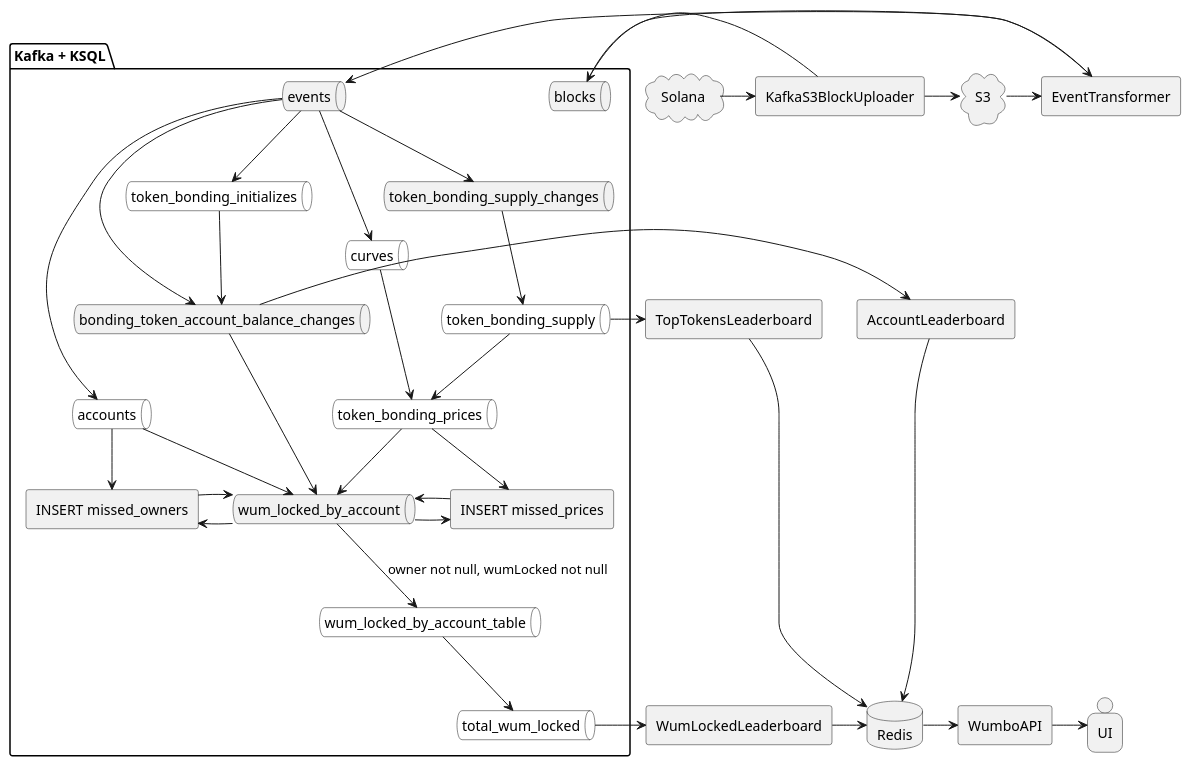
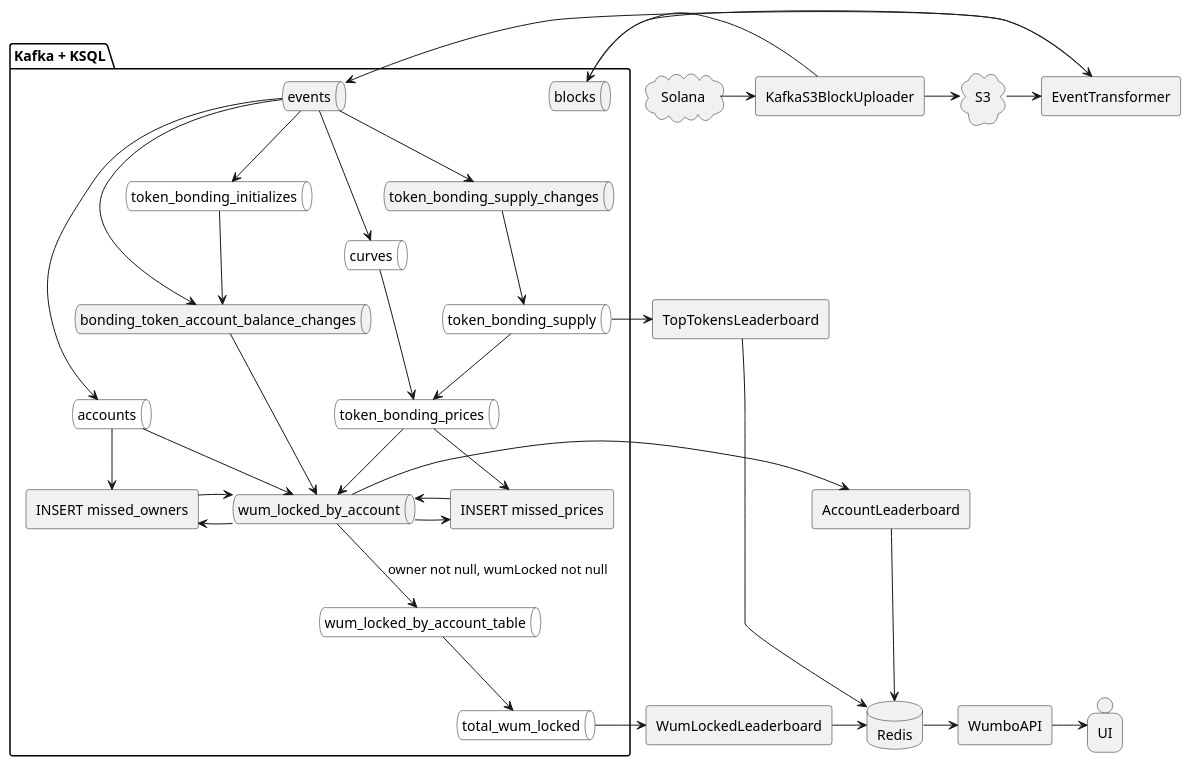
The diagram in architecture.puml (StrataFoundation/strata-data-pipelines), drawn with PlantUML before and after one commit. The commit also changed 26 other files, not shown here.

```diff
--- a/architecture.puml
+++ b/architecture.puml
@@ -1,87 +1,87 @@
 @startuml architecture
 
 package "Kafka + KSQL" as k {
   queue accounts #fff
   queue blocks
   queue bonding_token_account_balance_changes
   queue token_bonding_initializes #fff
   queue curves #fff
   queue events
   queue token_bonding_prices #fff
   queue token_bonding_supply #fff
   queue token_bonding_supply_changes
   queue total_wum_locked #fff
   queue wum_locked_by_account
   queue wum_locked_by_account_table #fff
 
     
   events --> token_bonding_initializes
 
   events --> bonding_token_account_balance_changes
   token_bonding_initializes --> bonding_token_account_balance_changes
 
   events --> token_bonding_supply_changes
 
   token_bonding_supply_changes --> token_bonding_supply
 
   events --> curves
 
   events --> accounts
 
   token_bonding_supply --> token_bonding_prices
   curves --> token_bonding_prices
 
   bonding_token_account_balance_changes --> wum_locked_by_account
   token_bonding_prices --> wum_locked_by_account
   accounts --> wum_locked_by_account
 
   agent "INSERT missed_owners" as missed_owners
   agent "INSERT missed_prices" as missed_prices
 
   token_bonding_prices -> missed_prices
   accounts -> missed_owners
   wum_locked_by_account -> missed_owners
   wum_locked_by_account -> missed_prices
 
   missed_owners -> wum_locked_by_account
   missed_prices -> wum_locked_by_account
 
   wum_locked_by_account_table --> total_wum_locked
 
   wum_locked_by_account --> wum_locked_by_account_table : owner not null, wumLocked not null
 }
 
 agent KafkaS3BlockUploader
 agent AccountLeaderboard
 agent WumLockedLeaderboard
 agent TopTokensLeaderboard
 agent WumboAPI
 
 cloud Solana
 cloud S3
 database Redis
 person UI
 
 Solana -> KafkaS3BlockUploader
 KafkaS3BlockUploader -> blocks
 KafkaS3BlockUploader -> S3
 
 agent EventTransformer
 
 S3 -> EventTransformer
 blocks --> EventTransformer
 EventTransformer -> events
 
 total_wum_locked -> WumLockedLeaderboard
 WumLockedLeaderboard -> Redis
 
 token_bonding_supply -> TopTokensLeaderboard
 TopTokensLeaderboard -> Redis
 
-bonding_token_account_balance_changes -> AccountLeaderboard
+wum_locked_by_account -> AccountLeaderboard
 AccountLeaderboard -> Redis
 
 Redis -> WumboAPI
 
 WumboAPI -> UI
 @enduml
```
